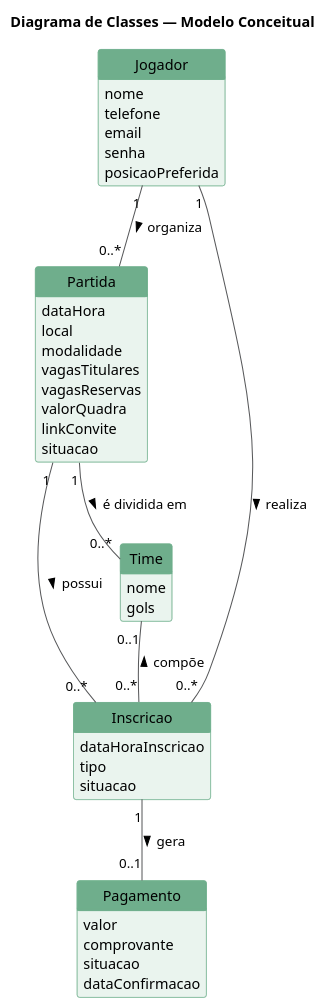
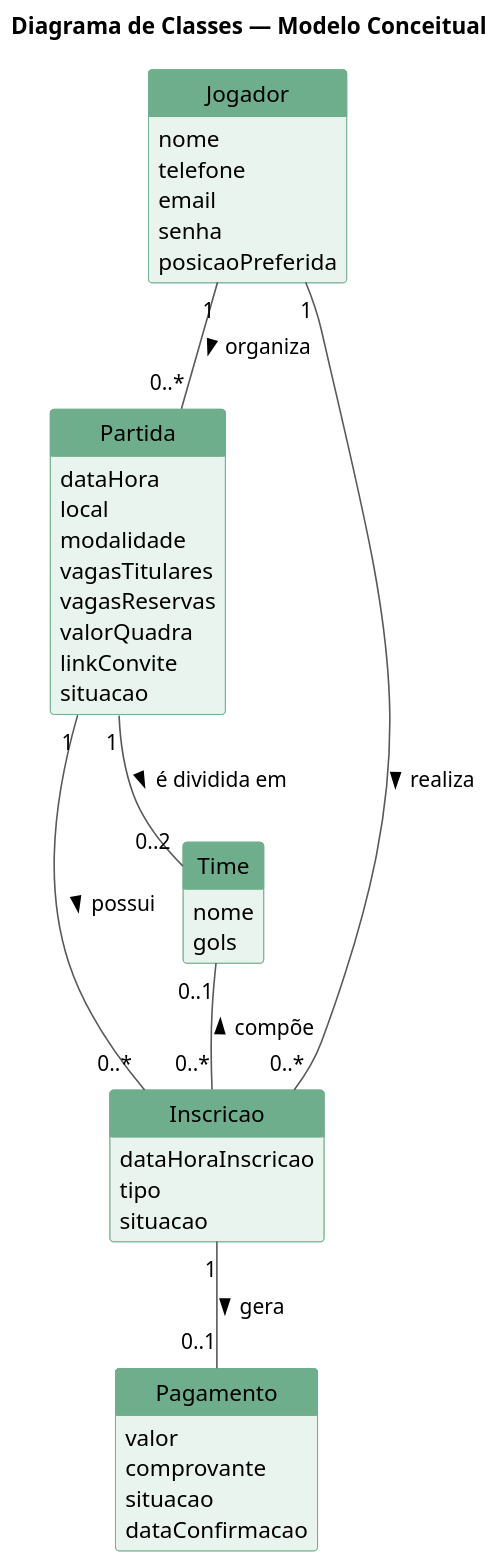
One commit to VictorAndreon/Organizador-futebol-amador changed the diagram in diagramas/classes_conceitual.puml. Above: the diagram before and after it, drawn with PlantUML. The commit also changed 10 other files, not shown here.

```diff
--- a/diagramas/classes_conceitual.puml
+++ b/diagramas/classes_conceitual.puml
@@ -1,58 +1,60 @@
 @startuml classes_conceitual
 title Diagrama de Classes — Modelo Conceitual
+
+skinparam dpi 150
 
 hide circle
 hide methods
 skinparam ArrowColor #58595B
 skinparam class {
   BackgroundColor #EAF4EE
   BorderColor #6FAE8C
   HeaderBackgroundColor #6FAE8C
   HeaderFontColor #FFFFFF
 }
 
 class Jogador {
   nome
   telefone
   email
   senha
   posicaoPreferida
 }
 
 class Partida {
   dataHora
   local
   modalidade
   vagasTitulares
   vagasReservas
   valorQuadra
   linkConvite
   situacao
 }
 
 class Inscricao {
   dataHoraInscricao
   tipo
   situacao
 }
 
 class Time {
   nome
   gols
 }
 
 class Pagamento {
   valor
   comprovante
   situacao
   dataConfirmacao
 }
 
 Jogador "1" -- "0..*" Partida : organiza >
 Jogador "1" -- "0..*" Inscricao : realiza >
 Partida "1" -- "0..*" Inscricao : possui >
-Partida "1" -- "0..*" Time : é dividida em >
+Partida "1" -- "0..2" Time : é dividida em >
 Time "0..1" -- "0..*" Inscricao : compõe <
 Inscricao "1" -- "0..1" Pagamento : gera >
 
 @enduml
```
